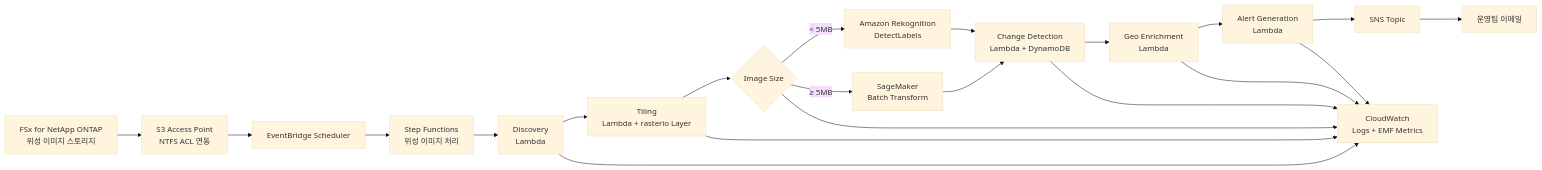
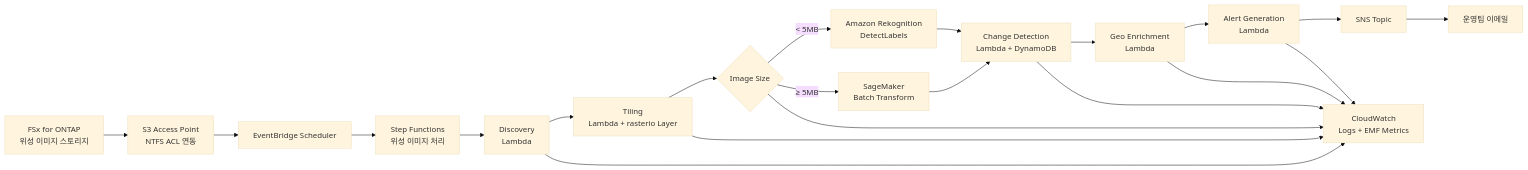
The diagram in defense-satellite/docs/architecture.ko.md (Yoshiki0705/FSx-for-ONTAP-S3AccessPoints-Serverless-Patterns), drawn with Mermaid (base theme) before and after one commit. The commit also changed other lines of this file and 597 other files, not shown here.

````diff
--- a/defense-satellite/docs/architecture.ko.md
+++ b/defense-satellite/docs/architecture.ko.md
@@ -15,18 +15,18 @@
 ```mermaid
 graph LR
-    FSx[FSx for NetApp ONTAP<br/>위성 이미지 스토리지] --> S3AP[S3 Access Point<br/>NTFS ACL 연동]
+    FSx[FSx for ONTAP<br/>위성 이미지 스토리지] --> S3AP[S3 Access Point<br/>NTFS ACL 연동]
     S3AP --> EB[EventBridge Scheduler]
     EB --> SFN[Step Functions<br/>위성 이미지 처리]
     SFN --> L1[Discovery<br/>Lambda]
     L1 --> L2[Tiling<br/>Lambda + rasterio Layer]
     L2 --> L3{Image Size}
     L3 -->|< 5MB| Rek[Amazon Rekognition<br/>DetectLabels]
     L3 -->|≥ 5MB| SM[SageMaker<br/>Batch Transform]
     Rek --> L4[Change Detection<br/>Lambda + DynamoDB]
     SM --> L4
     L4 --> L5[Geo Enrichment<br/>Lambda]
     L5 --> L6[Alert Generation<br/>Lambda]
     L6 --> SNS[SNS Topic]
     SNS --> Mail[운영팀 이메일]
     L1 & L2 & L3 & L4 & L5 & L6 --> CW[CloudWatch<br/>Logs + EMF Metrics]
 ```
````
